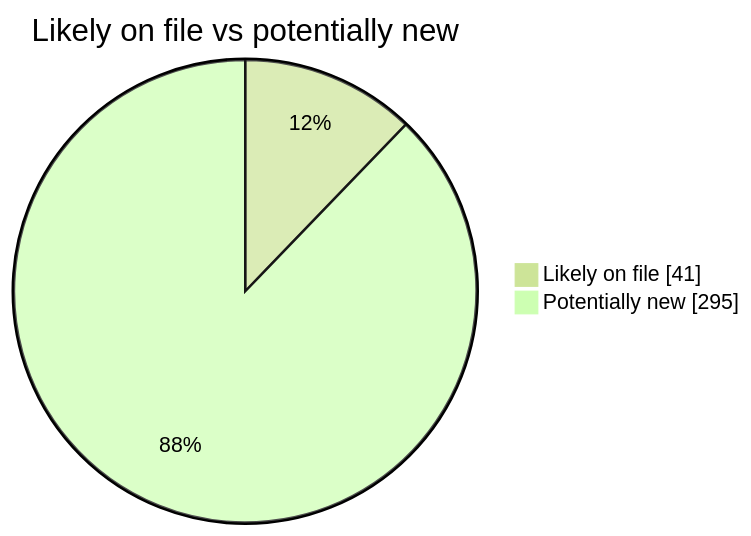
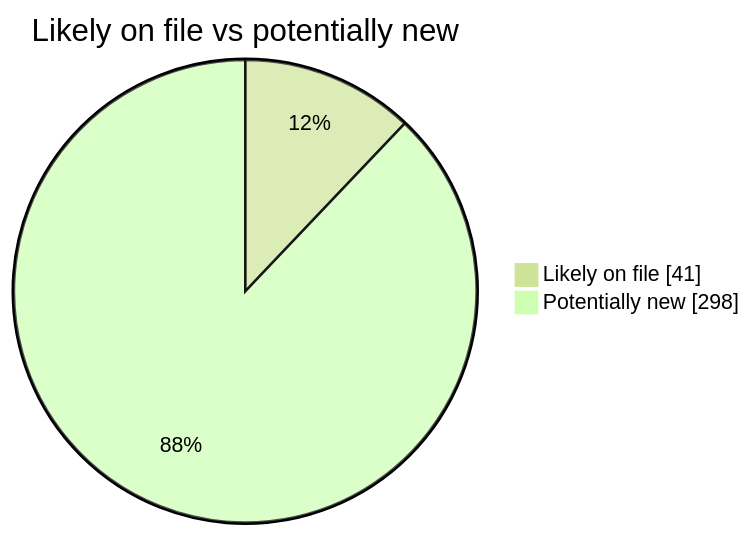
The second of 4 diagrams in README.md (martinbalfanz/social-scanner-reports), drawn with Mermaid (forest theme) before and after one commit. The commit also changed other lines of this file and 2 other files, not shown here.

````diff
--- a/README.md
+++ b/README.md
@@ -40,5 +40,5 @@
 ```mermaid
 pie showData title Likely on file vs potentially new
     "Likely on file" : 41
-    "Potentially new" : 295
+    "Potentially new" : 298
 ```
````
